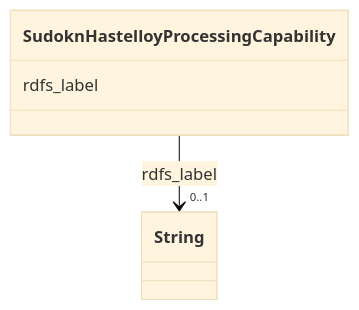
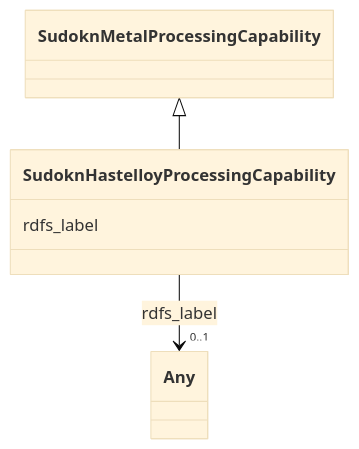
Before and after one commit to frink-okn/graph-descriptions: the diagram in sudokn-kg/classes/SudoknHastelloyProcessingCapability.md, drawn with Mermaid (base theme). The commit also changed other lines of this file and 903 other files, not shown here.

````diff
--- a/sudokn-kg/classes/SudoknHastelloyProcessingCapability.md
+++ b/sudokn-kg/classes/SudoknHastelloyProcessingCapability.md
@@ -23,15 +18,18 @@
 ```mermaid
  classDiagram
     class SudoknHastelloyProcessingCapability
     click SudoknHastelloyProcessingCapability href "../SudoknHastelloyProcessingCapability"
+      SudoknMetalProcessingCapability <|-- SudoknHastelloyProcessingCapability
+        click SudoknMetalProcessingCapability href "../SudoknMetalProcessingCapability"
+      
       SudoknHastelloyProcessingCapability : rdfs_label
         
           
     
     
-    SudoknHastelloyProcessingCapability --> "0..1" String : rdfs_label
-    click String href "../String"
+    SudoknHastelloyProcessingCapability --> "0..1" Any : rdfs_label
+    click Any href "../Any"
 
         
       
 ```
````
